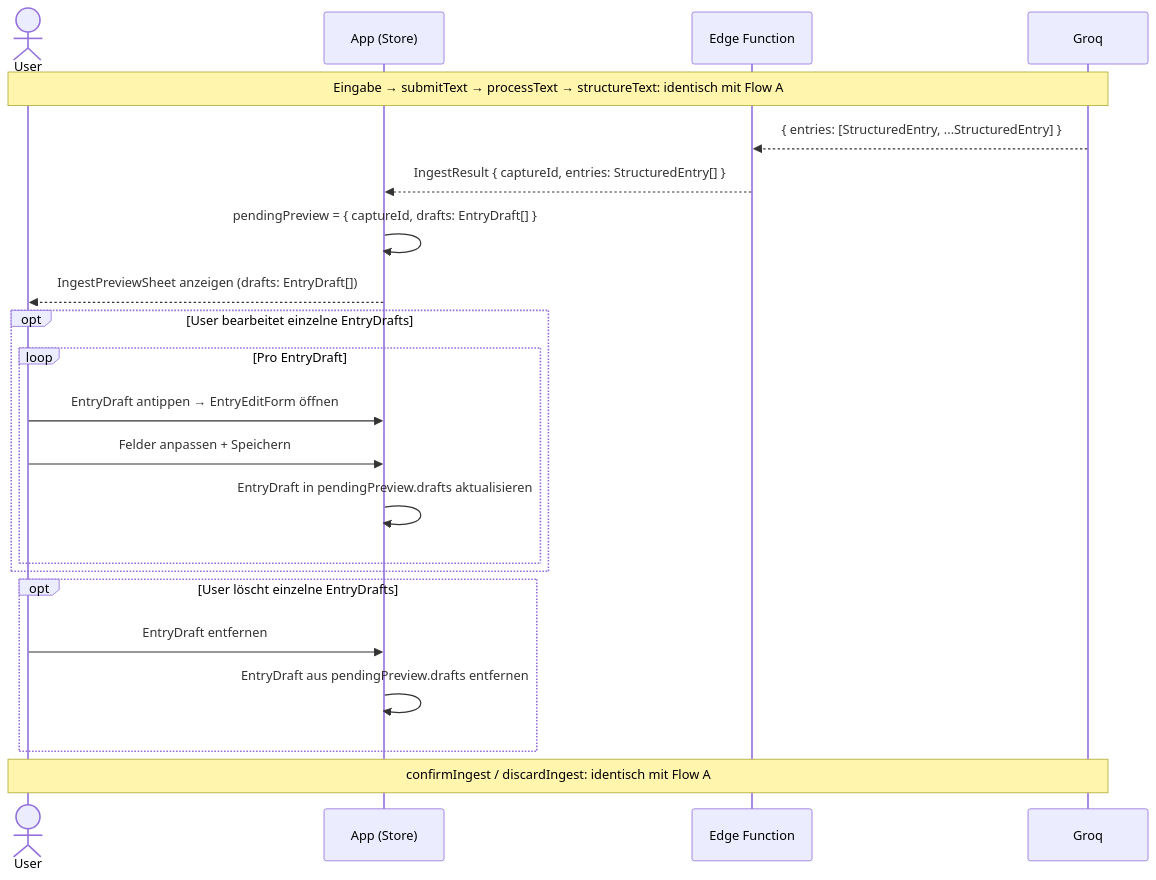
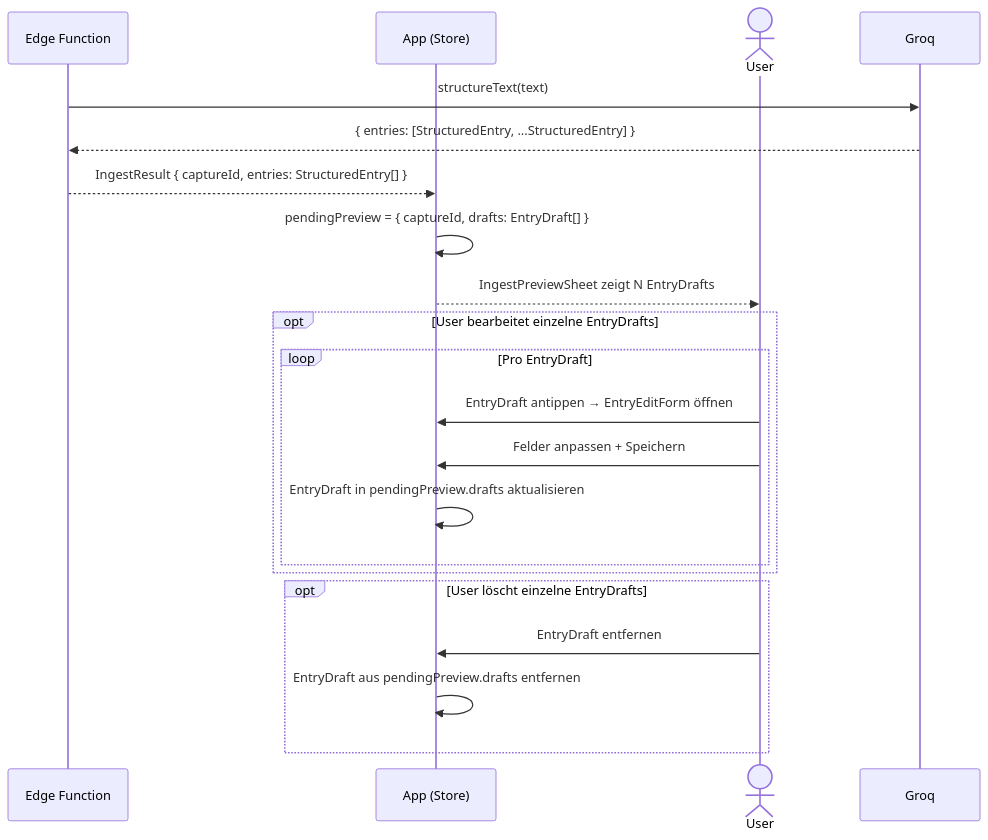
The diagram in docs/DIAGRAMS/dump-flow-b.md (mrLevvis/braindump-pwa), drawn with Mermaid before and after one commit. The commit also changed other lines of this file and 1 other file, not shown here.

First line of the commit message:
docs(diagrams): A+B auf Overview-Scope eingegrenzt

````diff
--- a/docs/DIAGRAMS/dump-flow-b.md
+++ b/docs/DIAGRAMS/dump-flow-b.md
@@ -11,29 +14,25 @@
 ```mermaid
 sequenceDiagram
+    participant EdgeFn as Edge Function
+    participant App as App (Store)
     actor User
-    participant App as App (Store)
-    participant EdgeFn as Edge Function
-    participant Groq
 
-    Note over User,Groq: Eingabe → submitText → processText → structureText: identisch mit Flow A
-
+    EdgeFn->>Groq: structureText(text)
     Groq-->>EdgeFn: { entries: [StructuredEntry, ...StructuredEntry] }
     EdgeFn-->>App: IngestResult { captureId, entries: StructuredEntry[] }
     App->>App: pendingPreview = { captureId, drafts: EntryDraft[] }
-    App-->>User: IngestPreviewSheet anzeigen (drafts: EntryDraft[])
+    App-->>User: IngestPreviewSheet zeigt N EntryDrafts
 
     opt User bearbeitet einzelne EntryDrafts
         loop Pro EntryDraft
             User->>App: EntryDraft antippen → EntryEditForm öffnen
             User->>App: Felder anpassen + Speichern
             App->>App: EntryDraft in pendingPreview.drafts aktualisieren
         end
     end
 
     opt User löscht einzelne EntryDrafts
         User->>App: EntryDraft entfernen
         App->>App: EntryDraft aus pendingPreview.drafts entfernen
     end
-
-    Note over User,Groq: confirmIngest / discardIngest: identisch mit Flow A
 ```
````
